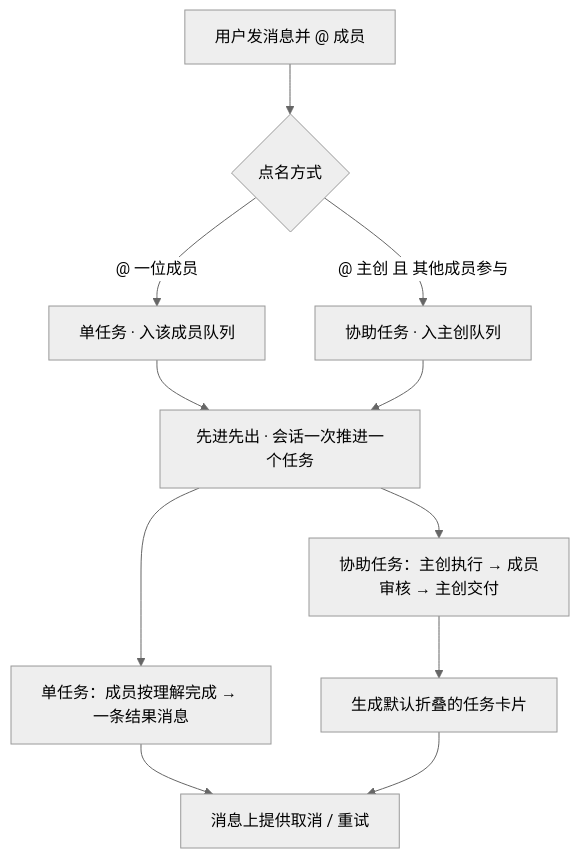
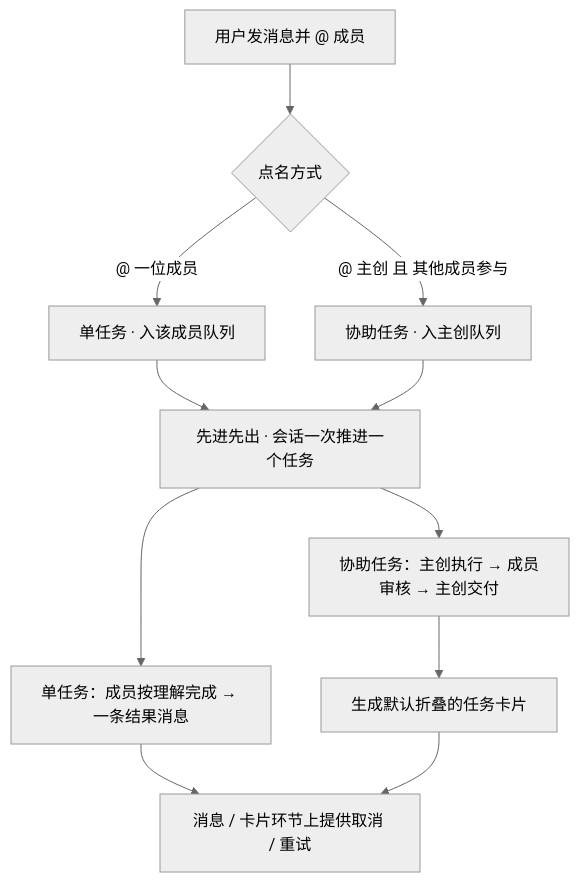
The first of 2 diagrams in docs/task-review-protocol.md (BinaryAlan/ai-atelier), drawn with Mermaid (neutral theme) before and after one commit. The commit also changed other lines of this file, not shown here.

````diff
--- a/docs/task-review-protocol.md
+++ b/docs/task-review-protocol.md
@@ -232,13 +238,13 @@
 ```mermaid
 flowchart TD
     U["用户发消息并 @ 成员"] --> T{"点名方式"}
     T -->|"@ 一位成员"| S["单任务 · 入该成员队列"]
     T -->|"@ 主创 且 其他成员参与"| C["协助任务 · 入主创队列"]
     S --> Q["先进先出 · 会话一次推进一个任务"]
     C --> Q
     Q --> S1["单任务：成员按理解完成 → 一条结果消息"]
     Q --> C1["协助任务：主创执行 → 成员审核 → 主创交付"]
     C1 --> K["生成默认折叠的任务卡片"]
-    S1 --> M["消息上提供取消 / 重试"]
+    S1 --> M["消息 / 卡片环节上提供取消 / 重试"]
     K --> M
 ```
````
